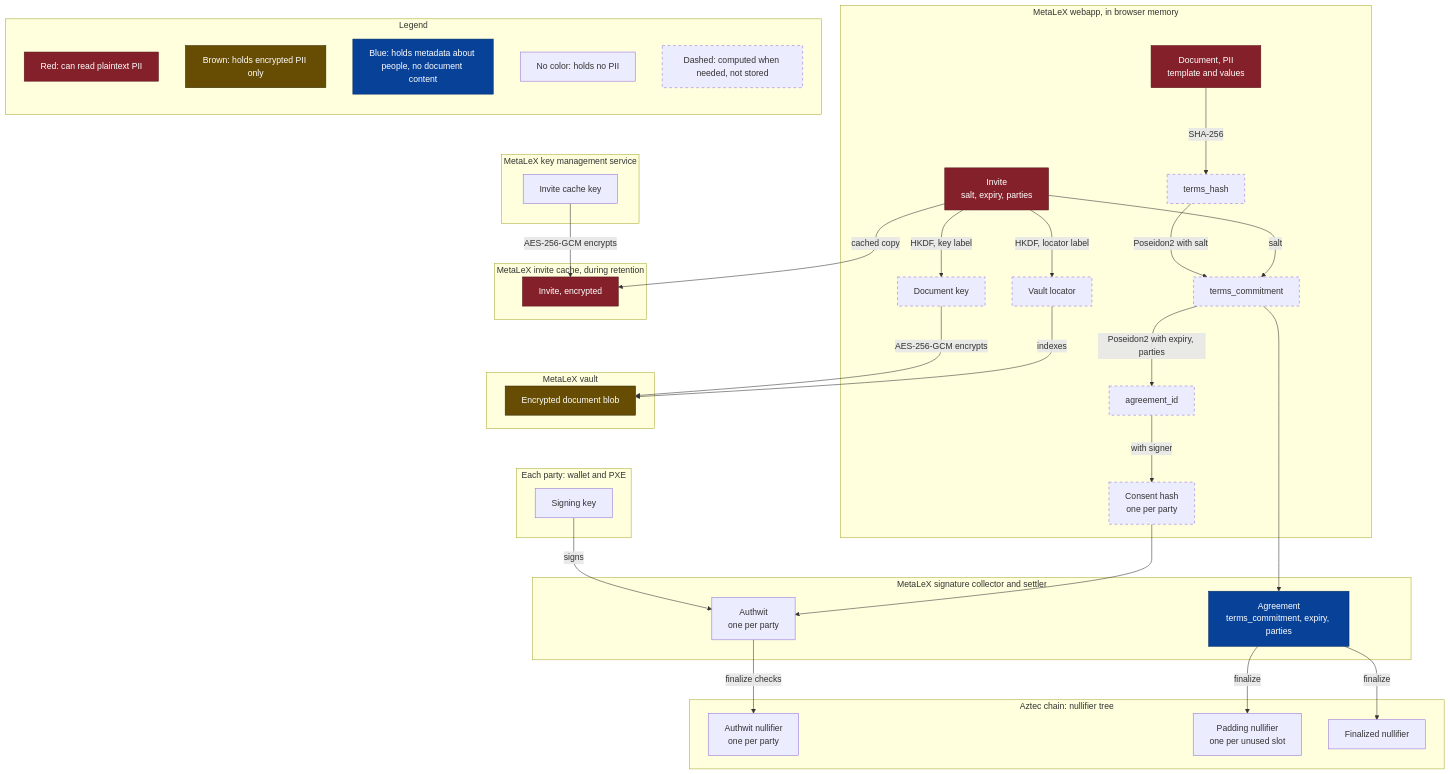
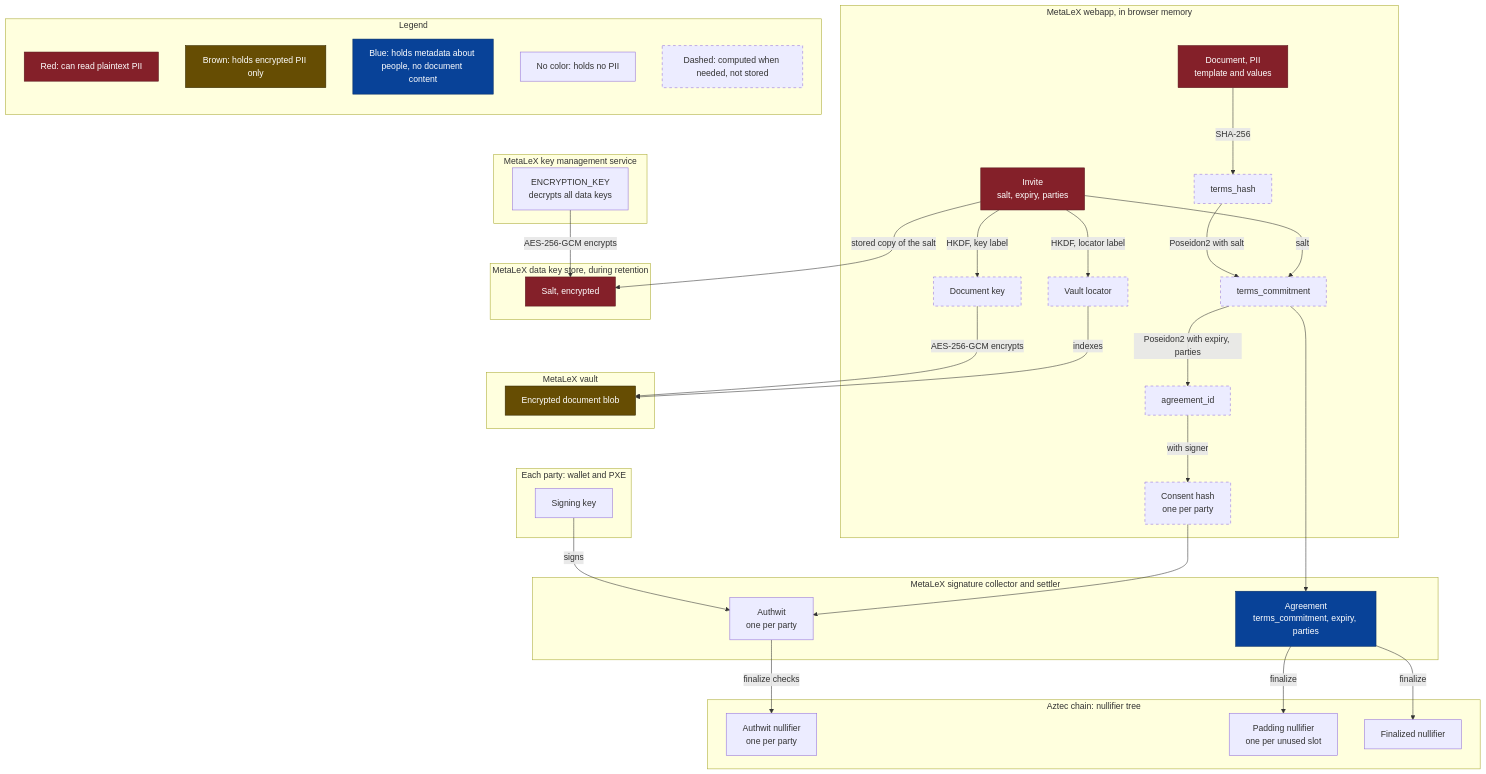
One commit to MetaLex-Tech/cybercorps-contracts changed the second of 4 diagrams in aztec/ARCHITECTURE.md. Above: the diagram before and after it, drawn with Mermaid. The commit also changed other lines of this file and 2 other files, not shown here.

Commit message:
chore: compare evm-encrytped-values, evm-hashed-values, proposed-aztec webapp architectures

````diff
--- a/aztec/ARCHITECTURE.md
+++ b/aztec/ARCHITECTURE.md
@@ -206,70 +207,70 @@
 ```mermaid
 flowchart TB
     subgraph Wallet["Each party: wallet and PXE"]
         SIG["Signing key"]
     end
     subgraph Webapp["MetaLeX webapp, in browser memory"]
         INV["Invite<br/>salt, expiry, parties"]
         DOC["Document, PII<br/>template and values"]
         TH["terms_hash"]
         TC["terms_commitment"]
         AID["agreement_id"]
         CH["Consent hash<br/>one per party"]
         LOC["Vault locator"]
         KEY["Document key"]
     end
     subgraph Vault["MetaLeX vault"]
         BLOB["Encrypted document blob"]
     end
-    subgraph Cache["MetaLeX invite cache, during retention"]
-        CINV["Invite, encrypted"]
+    subgraph Cache["MetaLeX data key store, during retention"]
+        CINV["Salt, encrypted"]
     end
     subgraph KMSBox["MetaLeX key management service"]
-        CKEY["Invite cache key"]
+        CKEY["ENCRYPTION_KEY<br/>decrypts all data keys"]
     end
     subgraph Collector["MetaLeX signature collector and settler"]
         AGR["Agreement<br/>terms_commitment, expiry, parties"]
         AW["Authwit<br/>one per party"]
     end
     subgraph Chain["Aztec chain: nullifier tree"]
         AWN["Authwit nullifier<br/>one per party"]
         PAD["Padding nullifier<br/>one per unused slot"]
         FIN["Finalized nullifier"]
     end
 
     DOC -->|SHA-256| TH
     TH -->|Poseidon2 with salt| TC
     INV -->|salt| TC
-    INV -->|cached copy| CINV
+    INV -->|stored copy of the salt| CINV
     CKEY -->|AES-256-GCM encrypts| CINV
     INV -->|HKDF, locator label| LOC
     INV -->|HKDF, key label| KEY
     KEY -->|AES-256-GCM encrypts| BLOB
     LOC -->|indexes| BLOB
     TC -->|Poseidon2 with expiry, parties| AID
     TC --> AGR
     AID -->|with signer| CH
     SIG -->|signs| AW
     CH --> AW
     AW -->|finalize checks| AWN
     AGR -->|finalize| FIN
     AGR -->|finalize| PAD
 
     subgraph Legend
         direction TB
         LPlain[Red: can read plaintext PII]
         LCipher[Brown: holds encrypted PII only]
         LMeta[Blue: holds metadata about people, no document content]
         LNone[No color: holds no PII]
         LDerived[Dashed: computed when needed, not stored]
     end
 
     classDef derived stroke-dasharray: 5 5
     classDef piiPlain fill:#842029,stroke:#58151c,color:#fff
     classDef piiCipher fill:#664d03,stroke:#332701,color:#fff
     classDef piiMeta fill:#084298,stroke:#052c65,color:#fff
     class TH,TC,AID,CH,LOC,KEY,LDerived derived
     class DOC,INV,CINV,LPlain piiPlain
     class BLOB,LCipher piiCipher
     class AGR,LMeta piiMeta
 ```
````
